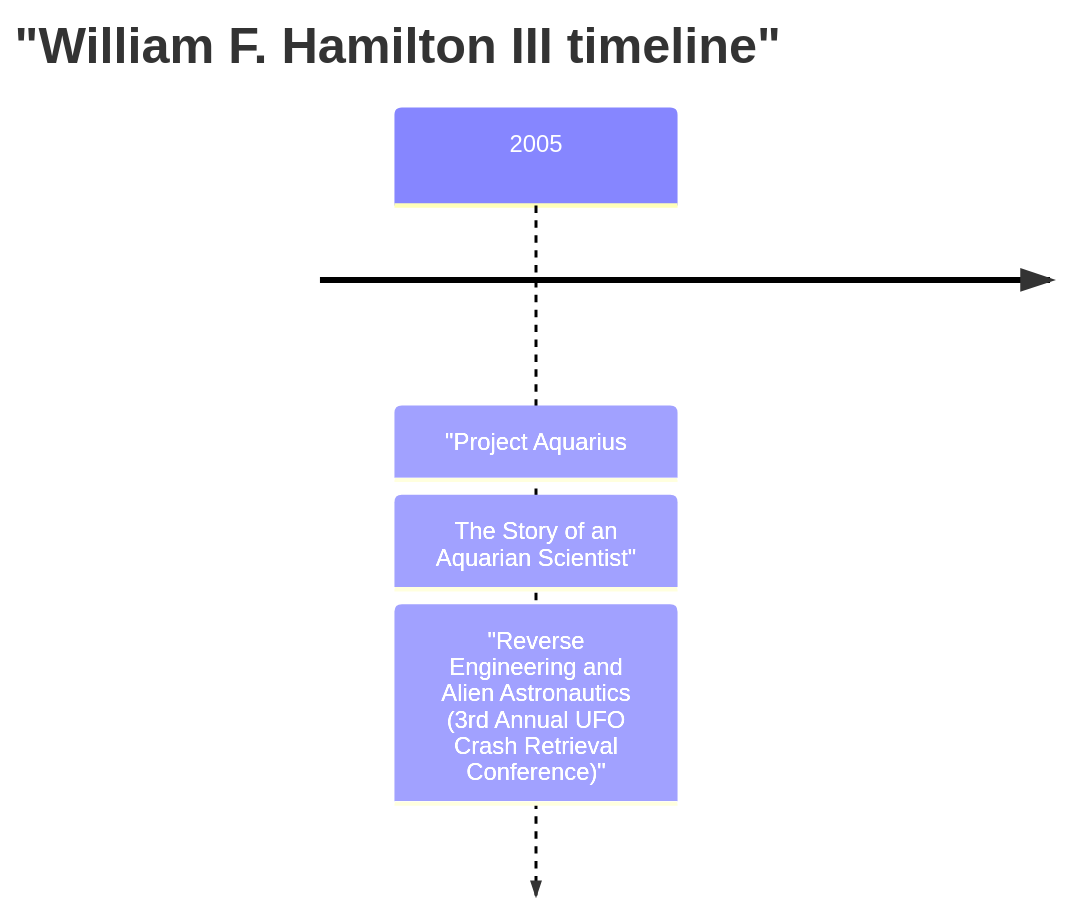
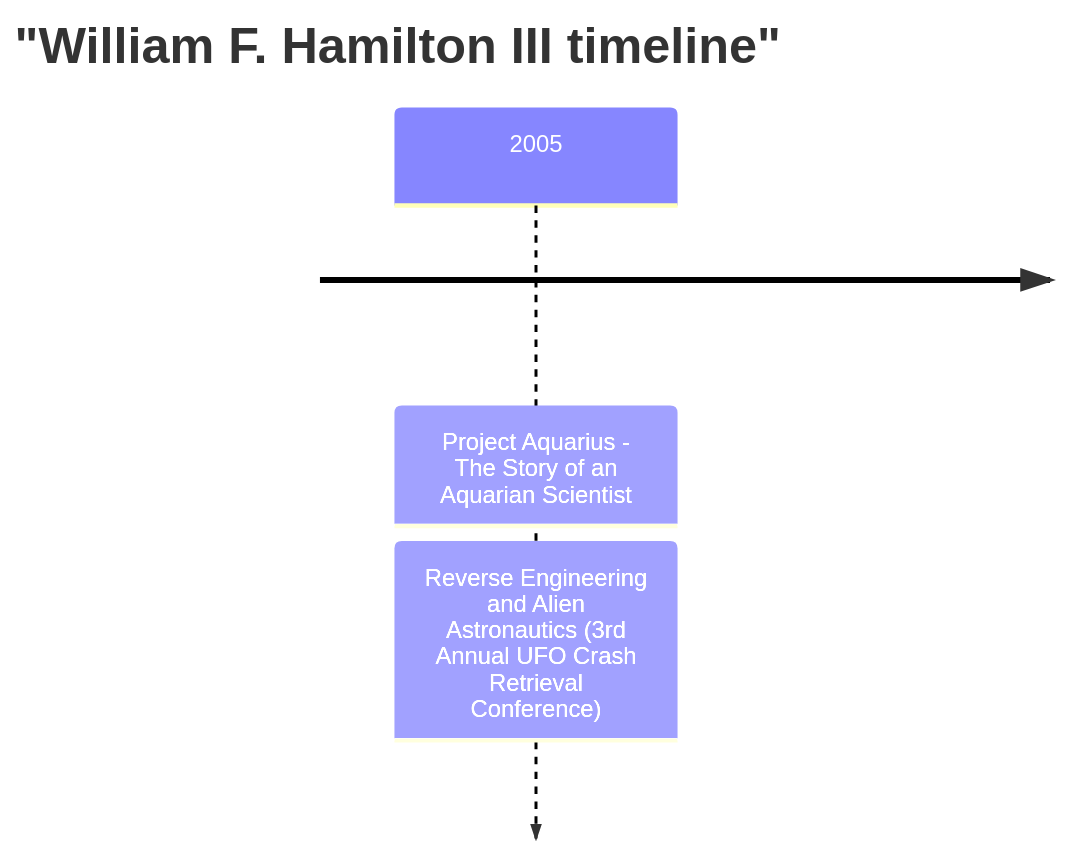
The diagram in docs/people/hamilton_william_f.md (Black-Star-Institute/blackstar.github.io), drawn with Mermaid before and after one commit.

````diff
--- a/docs/people/hamilton_william_f.md
+++ b/docs/people/hamilton_william_f.md
@@ -15,7 +15,7 @@
 ```mermaid
 timeline
     title "William F. Hamilton III timeline"
 
-    2005 : "Project Aquarius: The Story of an Aquarian Scientist"
-         : "Reverse Engineering and Alien Astronautics (3rd Annual UFO Crash Retrieval Conference)"
+    2005 : Project Aquarius - The Story of an Aquarian Scientist
+         : Reverse Engineering and Alien Astronautics (3rd Annual UFO Crash Retrieval Conference)
 ```
````
